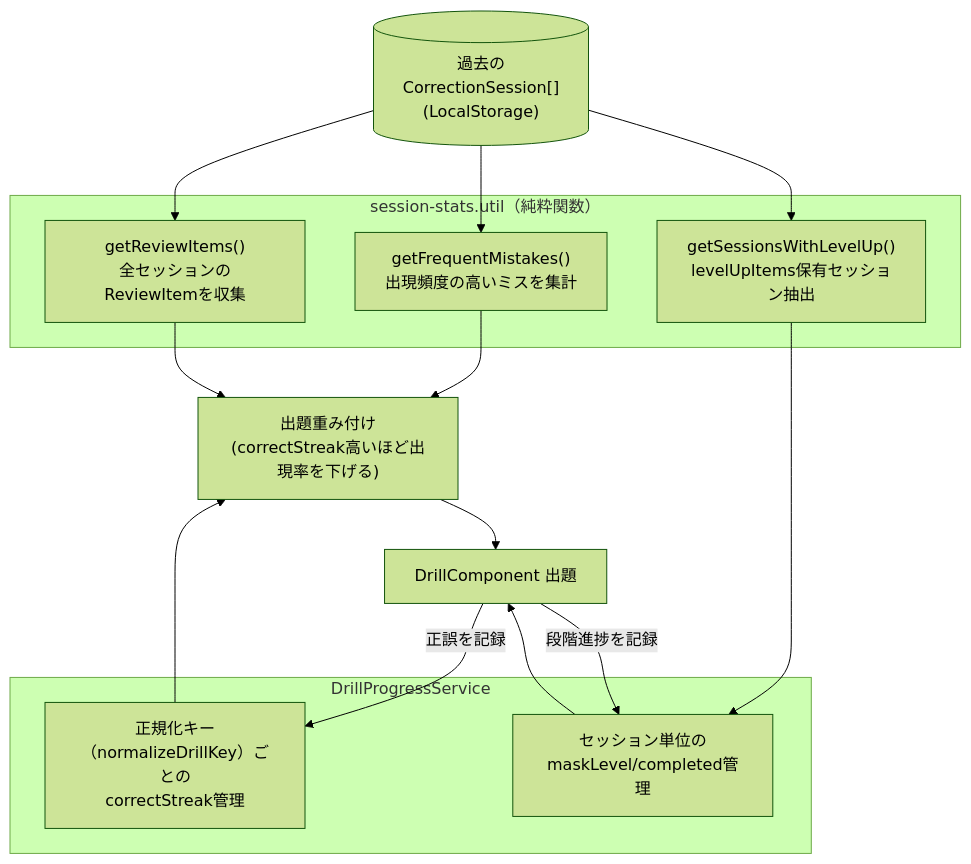
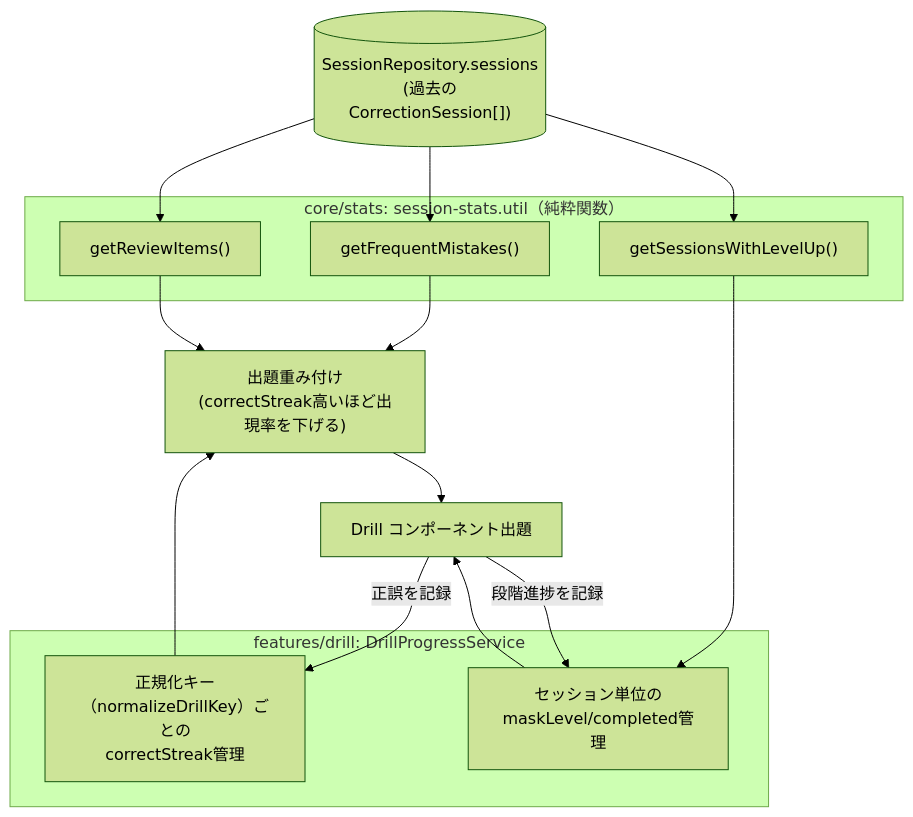
The seventh of 10 diagrams in ARCHITECTURE.md (rmatsuo-jp/eibun-lab), drawn with Mermaid (forest theme) before and after one commit. The commit also changed other lines of this file and 82 other files, not shown here.

First line of the commit message:
refactor: core/features/shared の3層構成へ再編し StorageService ファサードを解体

````diff
--- a/ARCHITECTURE.md
+++ b/ARCHITECTURE.md
@@ -168,26 +188,26 @@
 ```mermaid
 flowchart TD
-    Sessions[("過去のCorrectionSession[]\n(LocalStorage)")]
+    Sessions[("SessionRepository.sessions\n(過去のCorrectionSession[])")]
 
-    subgraph Stats["session-stats.util（純粋関数）"]
-        FreqMistakes["getFrequentMistakes()\n出現頻度の高いミスを集計"]
-        ReviewItems["getReviewItems()\n全セッションのReviewItemを収集"]
-        LevelUpSessions["getSessionsWithLevelUp()\nlevelUpItems保有セッション抽出"]
+    subgraph Stats["core/stats: session-stats.util（純粋関数）"]
+        FreqMistakes["getFrequentMistakes()"]
+        ReviewItems["getReviewItems()"]
+        LevelUpSessions["getSessionsWithLevelUp()"]
     end
 
-    subgraph Progress["DrillProgressService"]
+    subgraph Progress["features/drill: DrillProgressService"]
         DrillKey["正規化キー（normalizeDrillKey）ごとの\ncorrectStreak管理"]
         LevelUpProg["セッション単位のmaskLevel/completed管理"]
     end
 
     Sessions --> FreqMistakes --> Weighting
     Sessions --> ReviewItems --> Weighting
     Sessions --> LevelUpSessions --> LevelUpProg
 
     DrillKey --> Weighting["出題重み付け\n(correctStreak高いほど出現率を下げる)"]
-    Weighting --> Quiz["DrillComponent 出題"]
+    Weighting --> Quiz["Drill コンポーネント出題"]
     LevelUpProg --> Quiz
 
     Quiz -->|正誤を記録| DrillKey
     Quiz -->|段階進捗を記録| LevelUpProg
 ```
````
